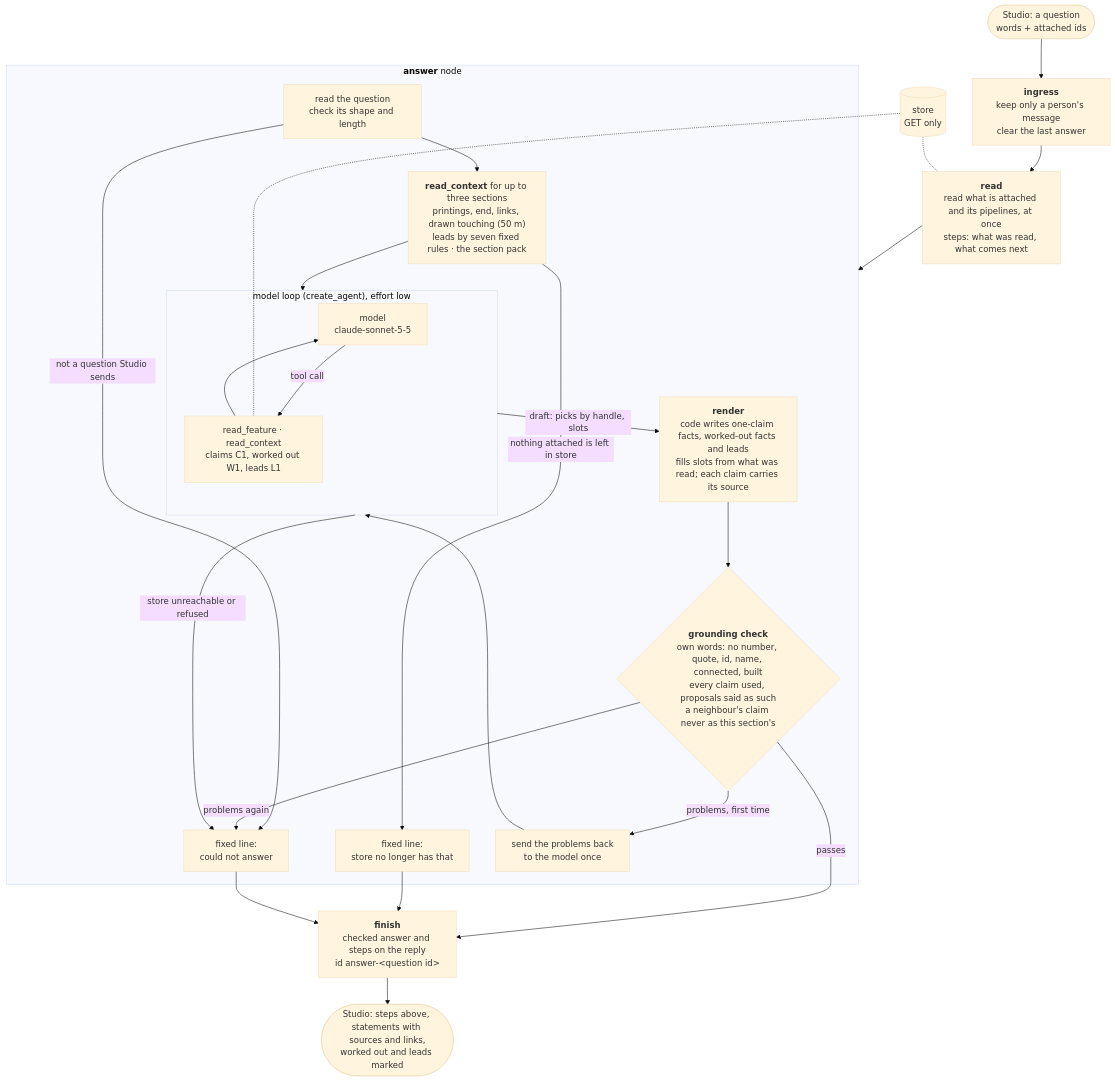
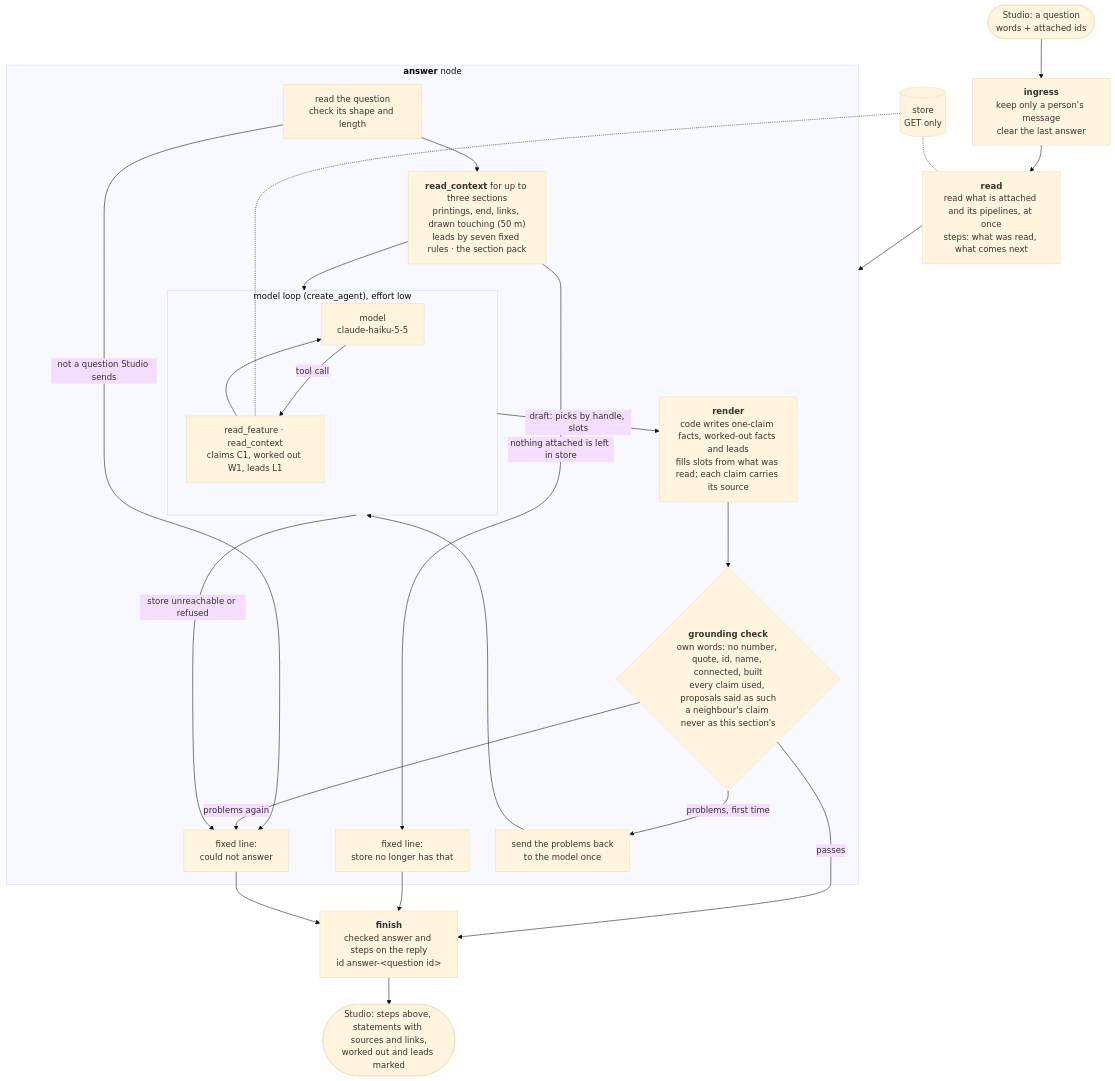
Before and after one commit to line-age/studio: the diagram in agent/README.md, drawn with Mermaid (base theme). The commit also changed 4 other files, not shown here.

Commit message:
Agent: Claude Haiku 5.5 by default, with prompt caching (not yet run against the evals)

````diff
--- a/agent/README.md
+++ b/agent/README.md
@@ -31,44 +31,44 @@
 ```mermaid
 flowchart TD
     Q(["Studio: a question<br/>words + attached ids"]) --> ingress
 
     ingress["<b>ingress</b><br/>keep only a person's message<br/>clear the last answer"] --> read
 
     read["<b>read</b><br/>read what is attached and its pipelines, at once<br/>steps: what was read, what comes next"] --> answer
 
     subgraph answer["<b>answer</b> node"]
         parse["read the question<br/>check its shape and length"]
         parse -->|not a question Studio sends| fail
         parse --> context
 
         context["<b>read_context</b> for up to three sections<br/>printings, end, links, drawn touching (50 m)<br/>leads by seven fixed rules · the section pack"]
         context -->|nothing attached is left in store| gone["fixed line:<br/>store no longer has that"]
         context --> loop
 
         subgraph loop["model loop (create_agent), effort low"]
-            model["model<br/>claude-sonnet-5-5"]
+            model["model<br/>claude-haiku-5-5"]
             tool["read_feature · read_context<br/>claims C1, worked out W1, leads L1"]
             model -->|tool call| tool
             tool --> model
         end
 
         loop -->|store unreachable or refused| fail
         loop -->|draft: picks by handle, slots| render
 
         render["<b>render</b><br/>code writes one-claim facts, worked-out facts and leads<br/>fills slots from what was read; each claim carries its source"]
         render --> check
 
         check{"<b>grounding check</b><br/>own words: no number, quote, id, name, connected, built<br/>every claim used, proposals said as such<br/>a neighbour's claim never as this section's"}
         check -->|problems, first time| retry["send the problems back<br/>to the model once"]
         retry --> loop
         check -->|problems again| fail["fixed line:<br/>could not answer"]
     end
 
     check -->|passes| finish
     gone --> finish
     fail --> finish
     finish["<b>finish</b><br/>checked answer and steps on the reply<br/>id answer-&lt;question id&gt;"] --> A(["Studio: steps above, statements with sources and links,<br/>worked out and leads marked"])
 
     store[("store<br/>GET only")] -.- read
     store -.- tool
 ```
````
